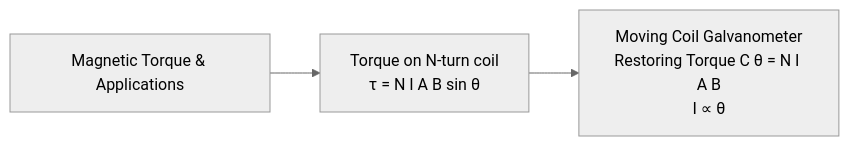
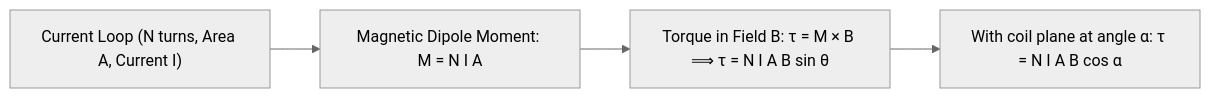
Before and after one commit to zenyyxz/Zen_dx-Notes: the sixth of 6 diagrams in 02 - Physics/Lesson 07 - Magnetic Field.md, drawn with Mermaid (neutral theme). The commit also changed other lines of this file and 13 other files, not shown here.

````diff
--- a/02 - Physics/Lesson 07 - Magnetic Field.md
+++ b/02 - Physics/Lesson 07 - Magnetic Field.md
@@ -36,5 +256,6 @@
 ```mermaid
 graph LR
-    Mag["Magnetic Torque & Applications"] --> Coil["Torque on N-turn coil<br>τ = N I A B sin θ"]
-    Coil --> MCG["Moving Coil Galvanometer<br>Restoring Torque C θ = N I A B<br>I ∝ θ"]
+    Loop["Current Loop (N turns, Area A, Current I)"] --> Dipole["Magnetic Dipole Moment: M = N I A"]
+    Dipole --> Torque["Torque in Field B: τ = M × B ⟹ τ = N I A B sin θ"]
+    Torque --> PlaneAngle["With coil plane at angle α: τ = N I A B cos α"]
 ```
````
